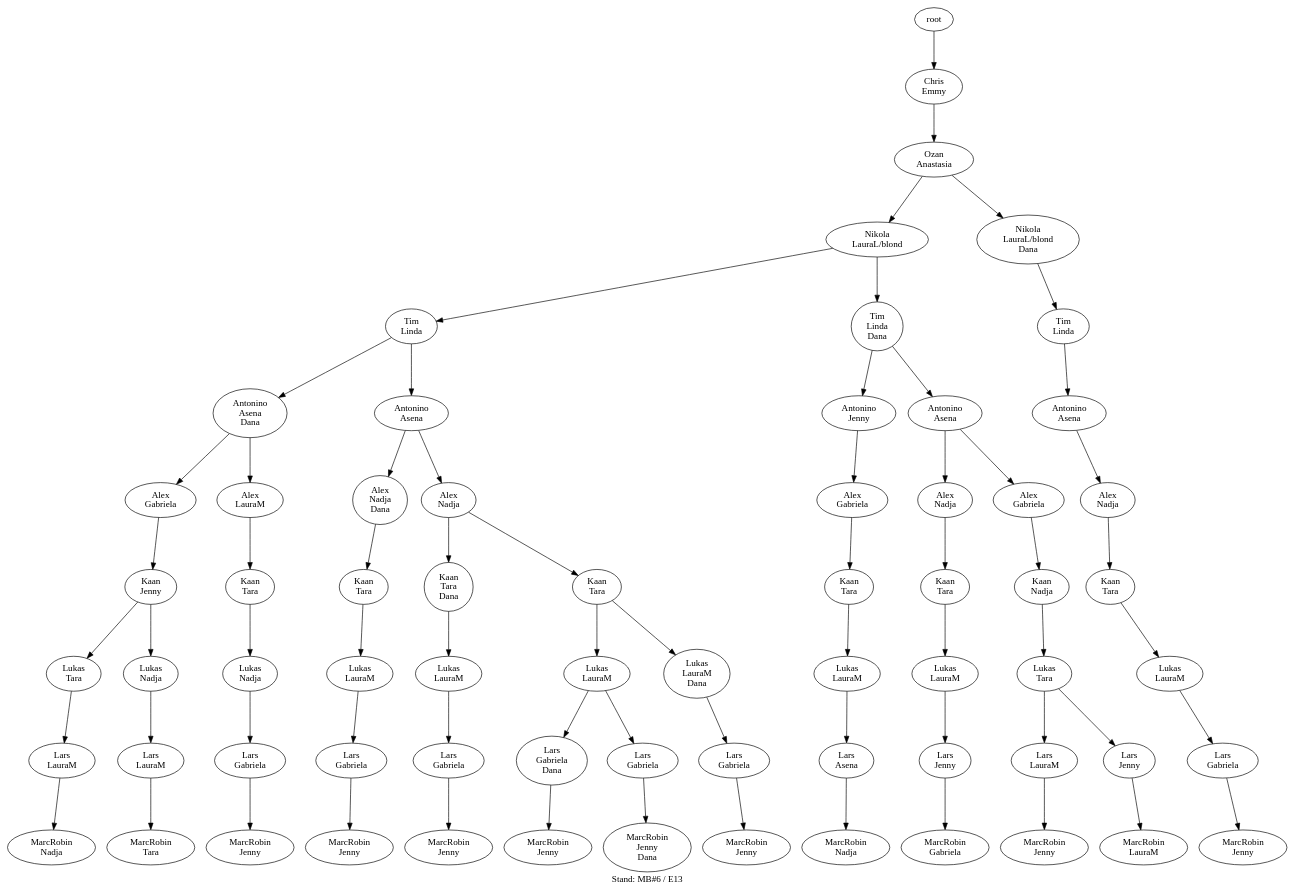
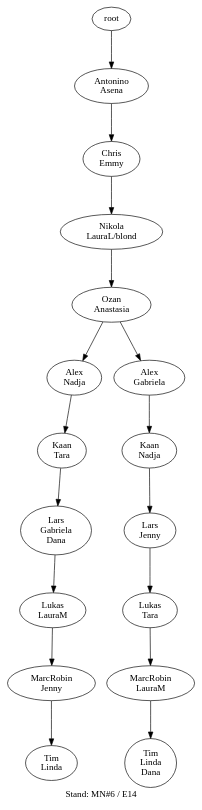
The diagram in data/de04r/de04r_12_tree.dot (atticus-sullivan/sim-ayto), drawn with Graphviz before and after one commit. The commit also changed 88 other files, not shown here.

```diff
--- a/data/de04r/de04r_12_tree.dot
+++ b/data/de04r/de04r_12_tree.dot
@@ -1,134 +1,34 @@
-digraph D { labelloc="b"; label="Stand: MB#6 / E13"; ranksep=0.8;
-"root/2"[label="Chris\nEmmy"]
-"root" -> "root/2";
-"root/2/0"[label="Ozan\nAnastasia"]
-"root/2" -> "root/2/0";
-"root/2/0/5"[label="Nikola\nLauraL/blond"]
-"root/2/0" -> "root/2/0/5";
-"root/2/0/5/7"[label="Tim\nLinda"]
-"root/2/0/5" -> "root/2/0/5/7";
-"root/2/0/5/7/1,10"[label="Antonino\nAsena\nDana"]
-"root/2/0/5/7" -> "root/2/0/5/7/1,10";
-"root/2/0/5/7/1,10/3"[label="Alex\nGabriela"]
-"root/2/0/5/7/1,10" -> "root/2/0/5/7/1,10/3";
-"root/2/0/5/7/1,10/3/4"[label="Kaan\nJenny"]
-"root/2/0/5/7/1,10/3" -> "root/2/0/5/7/1,10/3/4";
-"root/2/0/5/7/1,10/3/4/9"[label="Lukas\nTara"]
-"root/2/0/5/7/1,10/3/4" -> "root/2/0/5/7/1,10/3/4/9";
-"root/2/0/5/7/1,10/3/4/9/6"[label="Lars\nLauraM"]
-"root/2/0/5/7/1,10/3/4/9" -> "root/2/0/5/7/1,10/3/4/9/6";
-"root/2/0/5/7/1,10/3/4/9/6/8"[label="MarcRobin\nNadja"]
-"root/2/0/5/7/1,10/3/4/9/6" -> "root/2/0/5/7/1,10/3/4/9/6/8";
-"root/2/0/5/7,10"[label="Tim\nLinda\nDana"]
-"root/2/0/5" -> "root/2/0/5/7,10";
-"root/2/0/5/7,10/4"[label="Antonino\nJenny"]
-"root/2/0/5/7,10" -> "root/2/0/5/7,10/4";
-"root/2/0/5/7,10/4/3"[label="Alex\nGabriela"]
-"root/2/0/5/7,10/4" -> "root/2/0/5/7,10/4/3";
-"root/2/0/5/7,10/4/3/9"[label="Kaan\nTara"]
-"root/2/0/5/7,10/4/3" -> "root/2/0/5/7,10/4/3/9";
-"root/2/0/5/7,10/4/3/9/6"[label="Lukas\nLauraM"]
-"root/2/0/5/7,10/4/3/9" -> "root/2/0/5/7,10/4/3/9/6";
-"root/2/0/5/7,10/4/3/9/6/1"[label="Lars\nAsena"]
-"root/2/0/5/7,10/4/3/9/6" -> "root/2/0/5/7,10/4/3/9/6/1";
-"root/2/0/5/7,10/4/3/9/6/1/8"[label="MarcRobin\nNadja"]
-"root/2/0/5/7,10/4/3/9/6/1" -> "root/2/0/5/7,10/4/3/9/6/1/8";
-"root/2/0/5/7,10/1"[label="Antonino\nAsena"]
-"root/2/0/5/7,10" -> "root/2/0/5/7,10/1";
-"root/2/0/5/7,10/1/8"[label="Alex\nNadja"]
-"root/2/0/5/7,10/1" -> "root/2/0/5/7,10/1/8";
-"root/2/0/5/7,10/1/8/9"[label="Kaan\nTara"]
-"root/2/0/5/7,10/1/8" -> "root/2/0/5/7,10/1/8/9";
-"root/2/0/5/7,10/1/8/9/6"[label="Lukas\nLauraM"]
-"root/2/0/5/7,10/1/8/9" -> "root/2/0/5/7,10/1/8/9/6";
-"root/2/0/5/7,10/1/8/9/6/4"[label="Lars\nJenny"]
-"root/2/0/5/7,10/1/8/9/6" -> "root/2/0/5/7,10/1/8/9/6/4";
-"root/2/0/5/7,10/1/8/9/6/4/3"[label="MarcRobin\nGabriela"]
-"root/2/0/5/7,10/1/8/9/6/4" -> "root/2/0/5/7,10/1/8/9/6/4/3";
-"root/2/0/5/7/1,10/6"[label="Alex\nLauraM"]
-"root/2/0/5/7/1,10" -> "root/2/0/5/7/1,10/6";
-"root/2/0/5/7/1,10/6/9"[label="Kaan\nTara"]
-"root/2/0/5/7/1,10/6" -> "root/2/0/5/7/1,10/6/9";
-"root/2/0/5/7/1,10/6/9/8"[label="Lukas\nNadja"]
-"root/2/0/5/7/1,10/6/9" -> "root/2/0/5/7/1,10/6/9/8";
-"root/2/0/5/7/1,10/6/9/8/3"[label="Lars\nGabriela"]
-"root/2/0/5/7/1,10/6/9/8" -> "root/2/0/5/7/1,10/6/9/8/3";
-"root/2/0/5/7/1,10/6/9/8/3/4"[label="MarcRobin\nJenny"]
-"root/2/0/5/7/1,10/6/9/8/3" -> "root/2/0/5/7/1,10/6/9/8/3/4";
-"root/2/0/5/7/1"[label="Antonino\nAsena"]
-"root/2/0/5/7" -> "root/2/0/5/7/1";
-"root/2/0/5/7/1/8,10"[label="Alex\nNadja\nDana"]
-"root/2/0/5/7/1" -> "root/2/0/5/7/1/8,10";
-"root/2/0/5/7/1/8,10/9"[label="Kaan\nTara"]
-"root/2/0/5/7/1/8,10" -> "root/2/0/5/7/1/8,10/9";
-"root/2/0/5/7/1/8,10/9/6"[label="Lukas\nLauraM"]
-"root/2/0/5/7/1/8,10/9" -> "root/2/0/5/7/1/8,10/9/6";
-"root/2/0/5/7/1/8,10/9/6/3"[label="Lars\nGabriela"]
-"root/2/0/5/7/1/8,10/9/6" -> "root/2/0/5/7/1/8,10/9/6/3";
-"root/2/0/5/7/1/8,10/9/6/3/4"[label="MarcRobin\nJenny"]
-"root/2/0/5/7/1/8,10/9/6/3" -> "root/2/0/5/7/1/8,10/9/6/3/4";
-"root/2/0/5/7/1/8"[label="Alex\nNadja"]
-"root/2/0/5/7/1" -> "root/2/0/5/7/1/8";
-"root/2/0/5/7/1/8/9,10"[label="Kaan\nTara\nDana"]
-"root/2/0/5/7/1/8" -> "root/2/0/5/7/1/8/9,10";
-"root/2/0/5/7/1/8/9,10/6"[label="Lukas\nLauraM"]
-"root/2/0/5/7/1/8/9,10" -> "root/2/0/5/7/1/8/9,10/6";
-"root/2/0/5/7/1/8/9,10/6/3"[label="Lars\nGabriela"]
-"root/2/0/5/7/1/8/9,10/6" -> "root/2/0/5/7/1/8/9,10/6/3";
-"root/2/0/5/7/1/8/9,10/6/3/4"[label="MarcRobin\nJenny"]
-"root/2/0/5/7/1/8/9,10/6/3" -> "root/2/0/5/7/1/8/9,10/6/3/4";
-"root/2/0/5/7/1/8/9"[label="Kaan\nTara"]
-"root/2/0/5/7/1/8" -> "root/2/0/5/7/1/8/9";
-"root/2/0/5/7/1/8/9/6"[label="Lukas\nLauraM"]
-"root/2/0/5/7/1/8/9" -> "root/2/0/5/7/1/8/9/6";
-"root/2/0/5/7/1/8/9/6/3,10"[label="Lars\nGabriela\nDana"]
-"root/2/0/5/7/1/8/9/6" -> "root/2/0/5/7/1/8/9/6/3,10";
-"root/2/0/5/7/1/8/9/6/3,10/4"[label="MarcRobin\nJenny"]
-"root/2/0/5/7/1/8/9/6/3,10" -> "root/2/0/5/7/1/8/9/6/3,10/4";
-"root/2/0/5/7/1/8/9/6,10"[label="Lukas\nLauraM\nDana"]
-"root/2/0/5/7/1/8/9" -> "root/2/0/5/7/1/8/9/6,10";
-"root/2/0/5/7/1/8/9/6,10/3"[label="Lars\nGabriela"]
-"root/2/0/5/7/1/8/9/6,10" -> "root/2/0/5/7/1/8/9/6,10/3";
-"root/2/0/5/7/1/8/9/6,10/3/4"[label="MarcRobin\nJenny"]
-"root/2/0/5/7/1/8/9/6,10/3" -> "root/2/0/5/7/1/8/9/6,10/3/4";
-"root/2/0/5/7/1/8/9/6/3"[label="Lars\nGabriela"]
-"root/2/0/5/7/1/8/9/6" -> "root/2/0/5/7/1/8/9/6/3";
-"root/2/0/5/7/1/8/9/6/3/4,10"[label="MarcRobin\nJenny\nDana"]
-"root/2/0/5/7/1/8/9/6/3" -> "root/2/0/5/7/1/8/9/6/3/4,10";
-"root/2/0/5,10"[label="Nikola\nLauraL/blond\nDana"]
-"root/2/0" -> "root/2/0/5,10";
-"root/2/0/5,10/7"[label="Tim\nLinda"]
-"root/2/0/5,10" -> "root/2/0/5,10/7";
-"root/2/0/5,10/7/1"[label="Antonino\nAsena"]
-"root/2/0/5,10/7" -> "root/2/0/5,10/7/1";
-"root/2/0/5,10/7/1/8"[label="Alex\nNadja"]
-"root/2/0/5,10/7/1" -> "root/2/0/5,10/7/1/8";
-"root/2/0/5,10/7/1/8/9"[label="Kaan\nTara"]
-"root/2/0/5,10/7/1/8" -> "root/2/0/5,10/7/1/8/9";
-"root/2/0/5,10/7/1/8/9/6"[label="Lukas\nLauraM"]
-"root/2/0/5,10/7/1/8/9" -> "root/2/0/5,10/7/1/8/9/6";
-"root/2/0/5,10/7/1/8/9/6/3"[label="Lars\nGabriela"]
-"root/2/0/5,10/7/1/8/9/6" -> "root/2/0/5,10/7/1/8/9/6/3";
-"root/2/0/5,10/7/1/8/9/6/3/4"[label="MarcRobin\nJenny"]
-"root/2/0/5,10/7/1/8/9/6/3" -> "root/2/0/5,10/7/1/8/9/6/3/4";
-"root/2/0/5/7,10/1/3"[label="Alex\nGabriela"]
-"root/2/0/5/7,10/1" -> "root/2/0/5/7,10/1/3";
-"root/2/0/5/7,10/1/3/8"[label="Kaan\nNadja"]
-"root/2/0/5/7,10/1/3" -> "root/2/0/5/7,10/1/3/8";
-"root/2/0/5/7,10/1/3/8/9"[label="Lukas\nTara"]
-"root/2/0/5/7,10/1/3/8" -> "root/2/0/5/7,10/1/3/8/9";
-"root/2/0/5/7,10/1/3/8/9/6"[label="Lars\nLauraM"]
-"root/2/0/5/7,10/1/3/8/9" -> "root/2/0/5/7,10/1/3/8/9/6";
-"root/2/0/5/7,10/1/3/8/9/6/4"[label="MarcRobin\nJenny"]
-"root/2/0/5/7,10/1/3/8/9/6" -> "root/2/0/5/7,10/1/3/8/9/6/4";
-"root/2/0/5/7/1,10/3/4/8"[label="Lukas\nNadja"]
-"root/2/0/5/7/1,10/3/4" -> "root/2/0/5/7/1,10/3/4/8";
-"root/2/0/5/7/1,10/3/4/8/6"[label="Lars\nLauraM"]
-"root/2/0/5/7/1,10/3/4/8" -> "root/2/0/5/7/1,10/3/4/8/6";
-"root/2/0/5/7/1,10/3/4/8/6/9"[label="MarcRobin\nTara"]
-"root/2/0/5/7/1,10/3/4/8/6" -> "root/2/0/5/7/1,10/3/4/8/6/9";
-"root/2/0/5/7,10/1/3/8/9/4"[label="Lars\nJenny"]
-"root/2/0/5/7,10/1/3/8/9" -> "root/2/0/5/7,10/1/3/8/9/4";
-"root/2/0/5/7,10/1/3/8/9/4/6"[label="MarcRobin\nLauraM"]
-"root/2/0/5/7,10/1/3/8/9/4" -> "root/2/0/5/7,10/1/3/8/9/4/6";
+digraph D { labelloc="b"; label="Stand: MN#6 / E14"; ranksep=0.8;
+"root/1"[label="Antonino\nAsena"]
+"root" -> "root/1";
+"root/1/2"[label="Chris\nEmmy"]
+"root/1" -> "root/1/2";
+"root/1/2/5"[label="Nikola\nLauraL/blond"]
+"root/1/2" -> "root/1/2/5";
+"root/1/2/5/0"[label="Ozan\nAnastasia"]
+"root/1/2/5" -> "root/1/2/5/0";
+"root/1/2/5/0/8"[label="Alex\nNadja"]
+"root/1/2/5/0" -> "root/1/2/5/0/8";
+"root/1/2/5/0/8/9"[label="Kaan\nTara"]
+"root/1/2/5/0/8" -> "root/1/2/5/0/8/9";
+"root/1/2/5/0/8/9/3,10"[label="Lars\nGabriela\nDana"]
+"root/1/2/5/0/8/9" -> "root/1/2/5/0/8/9/3,10";
+"root/1/2/5/0/8/9/3,10/6"[label="Lukas\nLauraM"]
+"root/1/2/5/0/8/9/3,10" -> "root/1/2/5/0/8/9/3,10/6";
+"root/1/2/5/0/8/9/3,10/6/4"[label="MarcRobin\nJenny"]
+"root/1/2/5/0/8/9/3,10/6" -> "root/1/2/5/0/8/9/3,10/6/4";
+"root/1/2/5/0/8/9/3,10/6/4/7"[label="Tim\nLinda"]
+"root/1/2/5/0/8/9/3,10/6/4" -> "root/1/2/5/0/8/9/3,10/6/4/7";
+"root/1/2/5/0/3"[label="Alex\nGabriela"]
+"root/1/2/5/0" -> "root/1/2/5/0/3";
+"root/1/2/5/0/3/8"[label="Kaan\nNadja"]
+"root/1/2/5/0/3" -> "root/1/2/5/0/3/8";
+"root/1/2/5/0/3/8/4"[label="Lars\nJenny"]
+"root/1/2/5/0/3/8" -> "root/1/2/5/0/3/8/4";
+"root/1/2/5/0/3/8/4/9"[label="Lukas\nTara"]
+"root/1/2/5/0/3/8/4" -> "root/1/2/5/0/3/8/4/9";
+"root/1/2/5/0/3/8/4/9/6"[label="MarcRobin\nLauraM"]
+"root/1/2/5/0/3/8/4/9" -> "root/1/2/5/0/3/8/4/9/6";
+"root/1/2/5/0/3/8/4/9/6/7,10"[label="Tim\nLinda\nDana"]
+"root/1/2/5/0/3/8/4/9/6" -> "root/1/2/5/0/3/8/4/9/6/7,10";
 }
```
